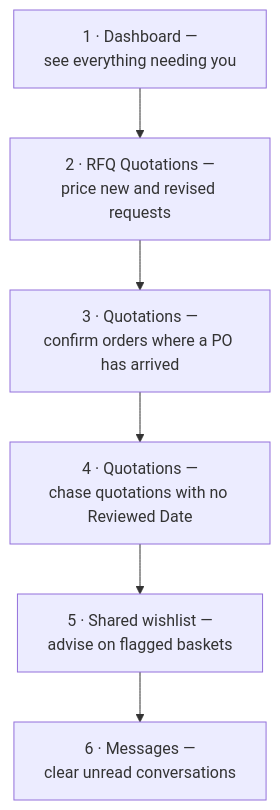
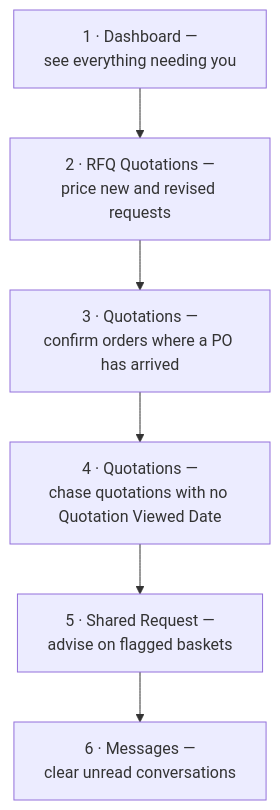
Before and after one commit to LaplaceSoftware/lp_projects_docs: the third of 3 diagrams in docs/b2b_ecommerce_docs/_user_guide/008-Account-Manager-Portal-Order-Queues.md, drawn with Mermaid. The commit also changed other lines of this file and 48 other files, not shown here.

````diff
--- a/docs/b2b_ecommerce_docs/_user_guide/008-Account-Manager-Portal-Order-Queues.md
+++ b/docs/b2b_ecommerce_docs/_user_guide/008-Account-Manager-Portal-Order-Queues.md
@@ -122,8 +123,8 @@
 ```mermaid
 flowchart TB
     A["1 · Dashboard —<br/>see everything needing you"] --> B["2 · RFQ Quotations —<br/>price new and revised requests"]
     B --> C["3 · Quotations —<br/>confirm orders where a PO has arrived"]
-    C --> D["4 · Quotations —<br/>chase quotations with no Reviewed Date"]
-    D --> E["5 · Shared wishlist —<br/>advise on flagged baskets"]
+    C --> D["4 · Quotations —<br/>chase quotations with no Quotation Viewed Date"]
+    D --> E["5 · Shared Request —<br/>advise on flagged baskets"]
     E --> F["6 · Messages —<br/>clear unread conversations"]
 ```
````
